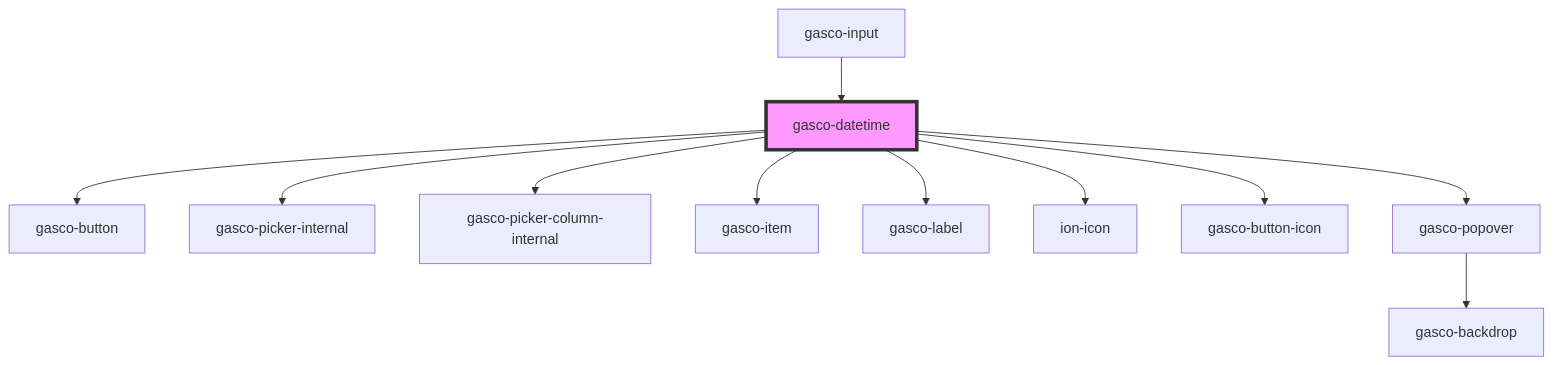
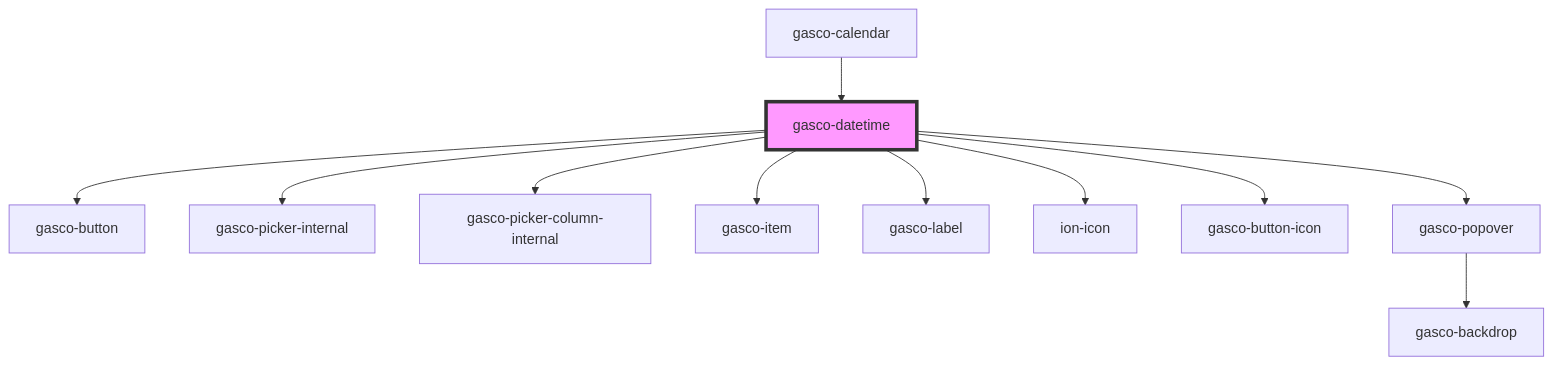
One commit to lac617a/gasco-core changed the diagram in core/src/components/gasco-datetime/readme.md. Above: the diagram before and after it, drawn with Mermaid. The commit also changed other lines of this file and 19 other files, not shown here.

````diff
--- a/core/src/components/gasco-datetime/readme.md
+++ b/core/src/components/gasco-datetime/readme.md
@@ -128,14 +128,14 @@
 ```mermaid
 graph TD;
   gasco-datetime --> gasco-button
   gasco-datetime --> gasco-picker-internal
   gasco-datetime --> gasco-picker-column-internal
   gasco-datetime --> gasco-item
   gasco-datetime --> gasco-label
   gasco-datetime --> ion-icon
   gasco-datetime --> gasco-button-icon
   gasco-datetime --> gasco-popover
   gasco-popover --> gasco-backdrop
-  gasco-input --> gasco-datetime
+  gasco-calendar --> gasco-datetime
   style gasco-datetime fill:#f9f,stroke:#333,stroke-width:4px
 ```
````
